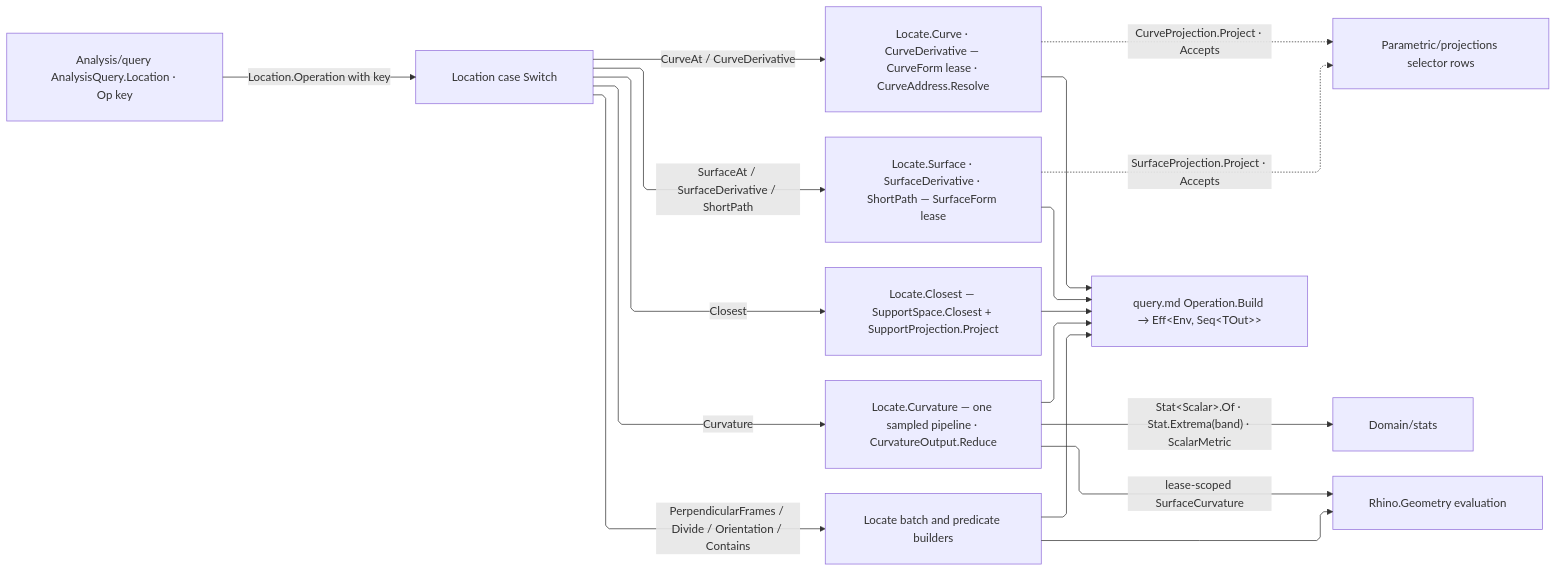
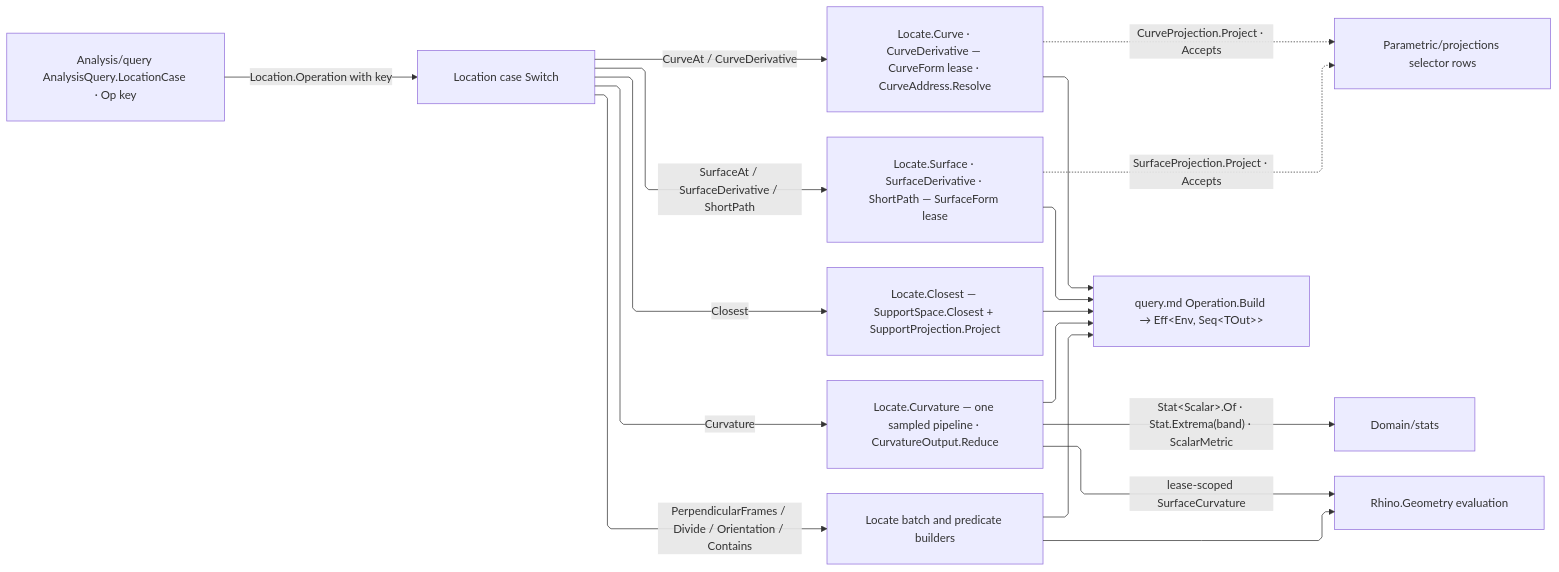
The diagram in libs/dotnet/Rasm/.planning/Parametric/locate.md (bsamiee/Rasm), drawn with Mermaid before and after one commit. The commit also changed other lines of this file and 16 other files, not shown here.

First line of the commit message:
spec: drain the Analysis audits — inspect, measure, query, relations, select

````diff
--- a/libs/dotnet/Rasm/.planning/Parametric/locate.md
+++ b/libs/dotnet/Rasm/.planning/Parametric/locate.md
@@ -320,24 +320,24 @@
 ```mermaid
 ---
 config:
   layout: elk
   flowchart:
     curve: linear
     padding: 25
 ---
 flowchart LR
     accTitle: Location operation flow
-    accDescr: AnalysisQuery.Location threads the verb key into the Location case fold; each case lowers through one Locate builder that leases the native, reads its selector or division row, and returns to the Analysis runtime.
-    Query["Analysis/query AnalysisQuery.Location · Op key"] -->|Location.Operation with key| Location["Location case Switch"]
+    accDescr: AnalysisQuery.LocationCase threads the verb key into the Location case fold; each case lowers through one Locate builder that leases the native, reads its selector or division row, and returns to the Analysis runtime.
+    Query["Analysis/query AnalysisQuery.LocationCase · Op key"] -->|Location.Operation with key| Location["Location case Switch"]
     Location -->|CurveAt / CurveDerivative| CurveArm["Locate.Curve · CurveDerivative — CurveForm lease · CurveAddress.Resolve"]
     Location -->|SurfaceAt / SurfaceDerivative / ShortPath| SurfaceArm["Locate.Surface · SurfaceDerivative · ShortPath — SurfaceForm lease"]
     Location -->|Closest| ClosestArm["Locate.Closest — SupportSpace.Closest + SupportProjection.Project"]
     Location -->|Curvature| Sweep["Locate.Curvature — one sampled pipeline · CurvatureOutput.Reduce"]
     Location -->|PerpendicularFrames / Divide / Orientation / Contains| Spine["Locate batch and predicate builders"]
     CurveArm -.->|CurveProjection.Project · Accepts| Projections["Parametric/projections selector rows"]
     SurfaceArm -.->|SurfaceProjection.Project · Accepts| Projections
     Sweep -->|"Stat&lt;Scalar&gt;.Of · Stat.Extrema(band) · ScalarMetric"| Stats["Domain/stats"]
     Sweep -->|lease-scoped SurfaceCurvature| Rhino["Rhino.Geometry evaluation"]
     Spine --> Rhino
     CurveArm & SurfaceArm & ClosestArm & Sweep & Spine --> Runtime["query.md Operation.Build → Eff&lt;Env, Seq&lt;TOut&gt;&gt;"]
 ```
````
